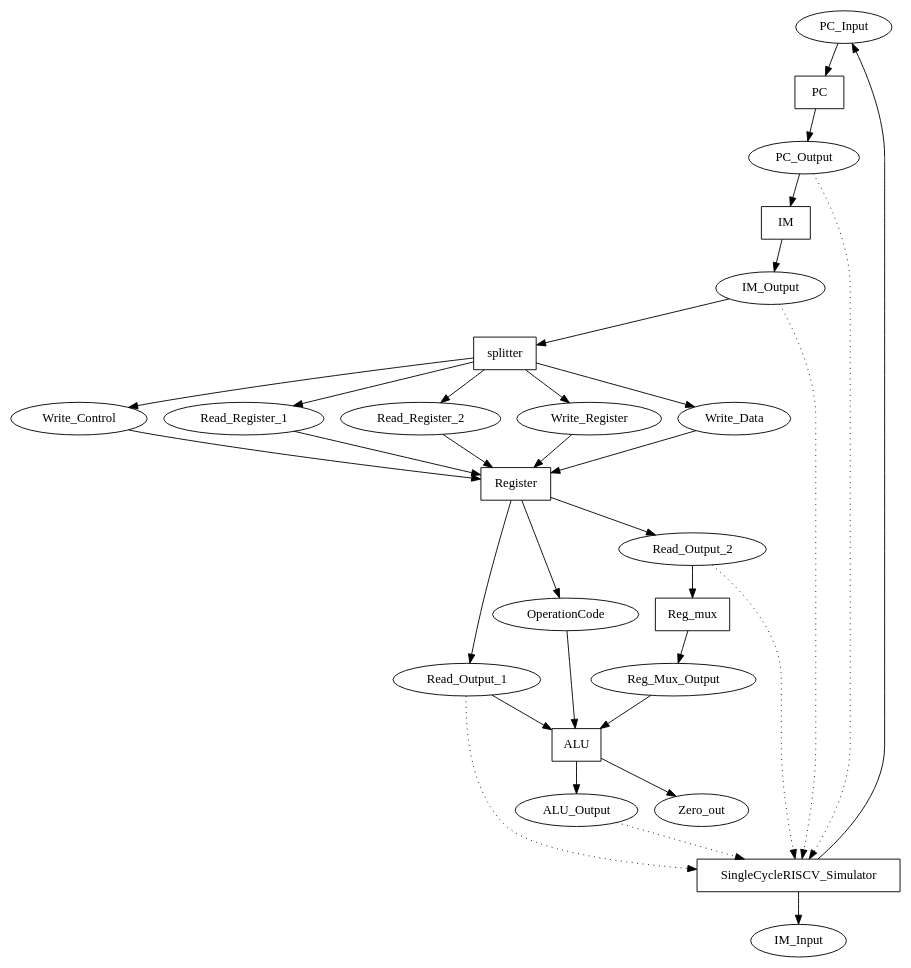
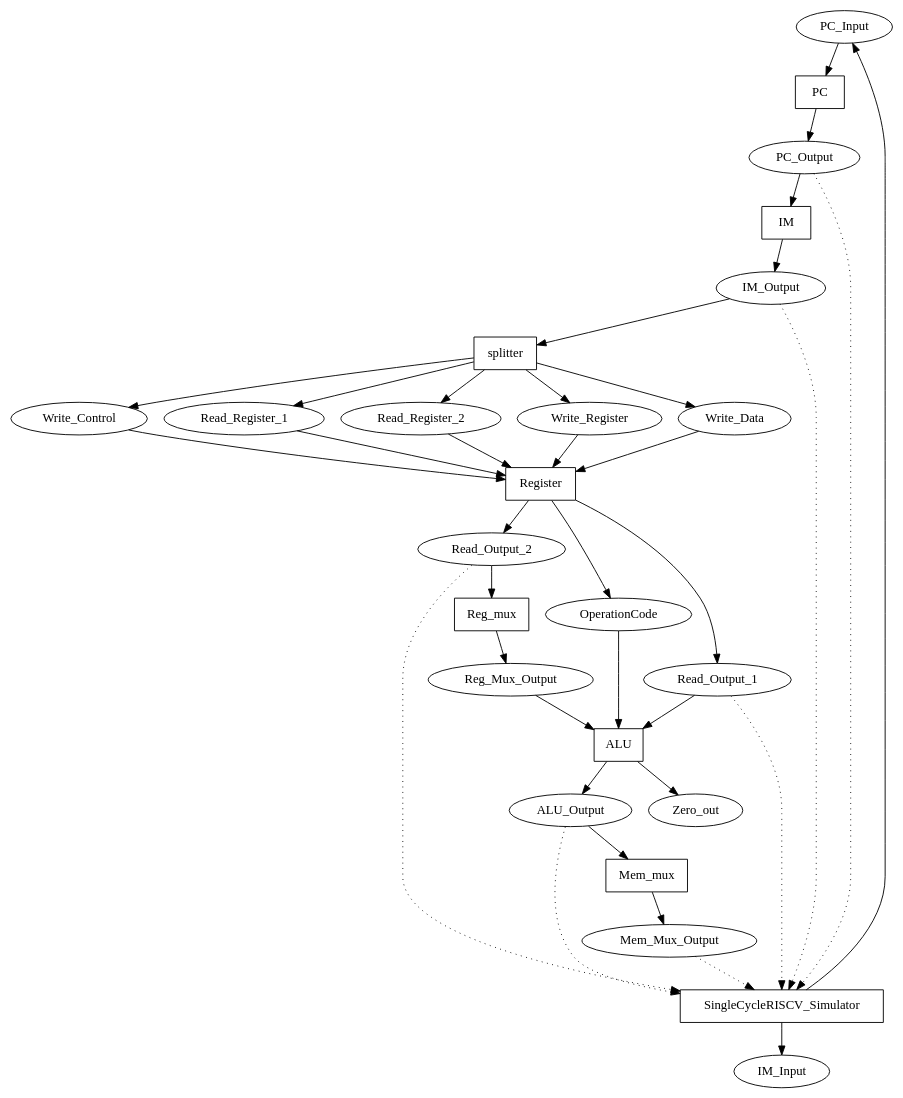
One commit to DanielRamyar/Master_Thesis changed the diagram in SME_Implementations/SingleCycleRISCV/output/network.dot. Above: the diagram before and after it, drawn with Graphviz. The commit also changed 18 other files, not shown here.

```diff
--- a/SME_Implementations/SingleCycleRISCV/output/network.dot
+++ b/SME_Implementations/SingleCycleRISCV/output/network.dot
@@ -1,56 +1,61 @@
 digraph SingleCycleRISCV {
 "PC_Input" [shape=oval];
 "PC_Output" [shape=oval];
 "IM_Output" [shape=oval];
 "Read_Register_1" [shape=oval];
 "Read_Register_2" [shape=oval];
 "Write_Register" [shape=oval];
 "Write_Data" [shape=oval];
 "Write_Control" [shape=oval];
 "OperationCode" [shape=oval];
 "Read_Output_1" [shape=oval];
 "Reg_Mux_Output" [shape=oval];
 "Read_Output_2" [shape=oval];
+"ALU_Output" [shape=oval];
 "IM_Input" [shape=oval];
-"ALU_Output" [shape=oval];
 "Zero_out" [shape=oval];
+"Mem_Mux_Output" [shape=oval];
 "PC" [shape=box];
 "IM" [shape=box];
 "splitter" [shape=box];
 "Register" [shape=box];
 "ALU" [shape=box];
 "Reg_mux" [shape=box];
+"Mem_mux" [shape=box];
 "SingleCycleRISCV_Simulator" [shape=box];
 "PC_Input" -> "PC";
 "PC_Output" -> "IM";
 "IM_Output" -> "splitter";
 "Read_Register_1" -> "Register";
 "Read_Register_2" -> "Register";
 "Write_Register" -> "Register";
 "Write_Data" -> "Register";
 "Write_Control" -> "Register";
 "OperationCode" -> "ALU";
 "Read_Output_1" -> "ALU";
 "Reg_Mux_Output" -> "ALU";
 "Read_Output_2" -> "Reg_mux";
+"ALU_Output" -> "Mem_mux";
 "SingleCycleRISCV_Simulator" -> "PC_Input";
 "SingleCycleRISCV_Simulator" -> "IM_Input";
 "PC" -> "PC_Output";
 "IM" -> "IM_Output";
 "splitter" -> "Read_Register_1";
 "splitter" -> "Read_Register_2";
 "splitter" -> "Write_Register";
 "splitter" -> "Write_Data";
 "splitter" -> "Write_Control";
 "Register" -> "Read_Output_1";
 "Register" -> "Read_Output_2";
 "Register" -> "OperationCode";
 "ALU" -> "ALU_Output";
 "ALU" -> "Zero_out";
 "Reg_mux" -> "Reg_Mux_Output";
+"Mem_mux" -> "Mem_Mux_Output";
 "PC_Output" -> "SingleCycleRISCV_Simulator" [style=dotted];
 "IM_Output" -> "SingleCycleRISCV_Simulator" [style=dotted];
 "Read_Output_1" -> "SingleCycleRISCV_Simulator" [style=dotted];
 "Read_Output_2" -> "SingleCycleRISCV_Simulator" [style=dotted];
 "ALU_Output" -> "SingleCycleRISCV_Simulator" [style=dotted];
+"Mem_Mux_Output" -> "SingleCycleRISCV_Simulator" [style=dotted];
 }
```
